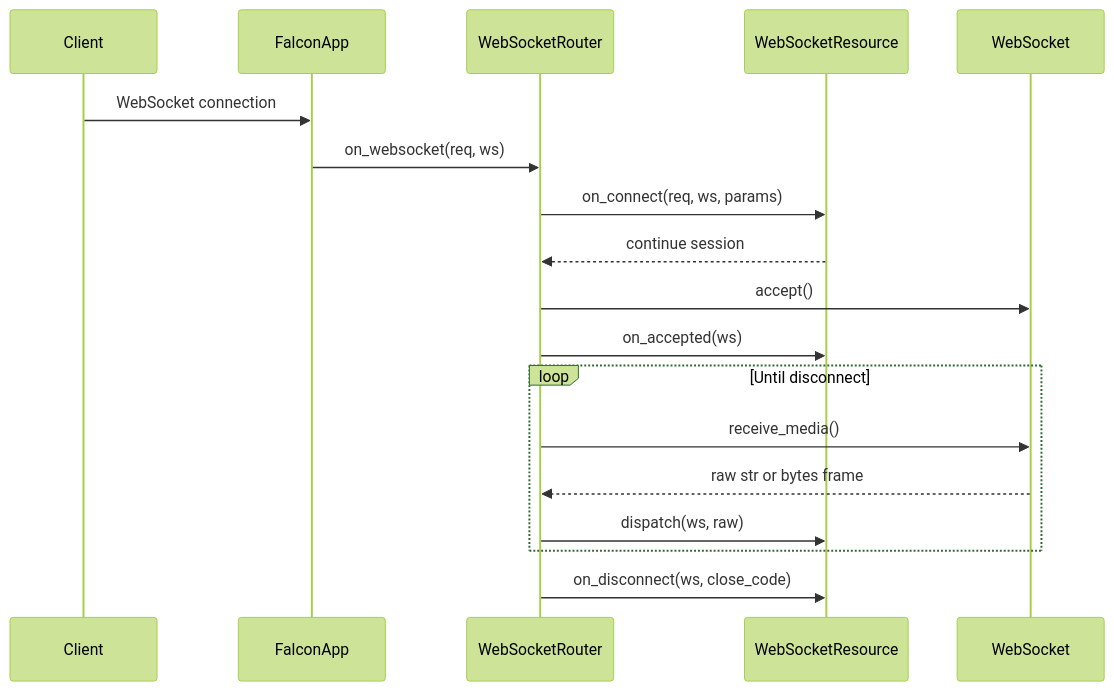
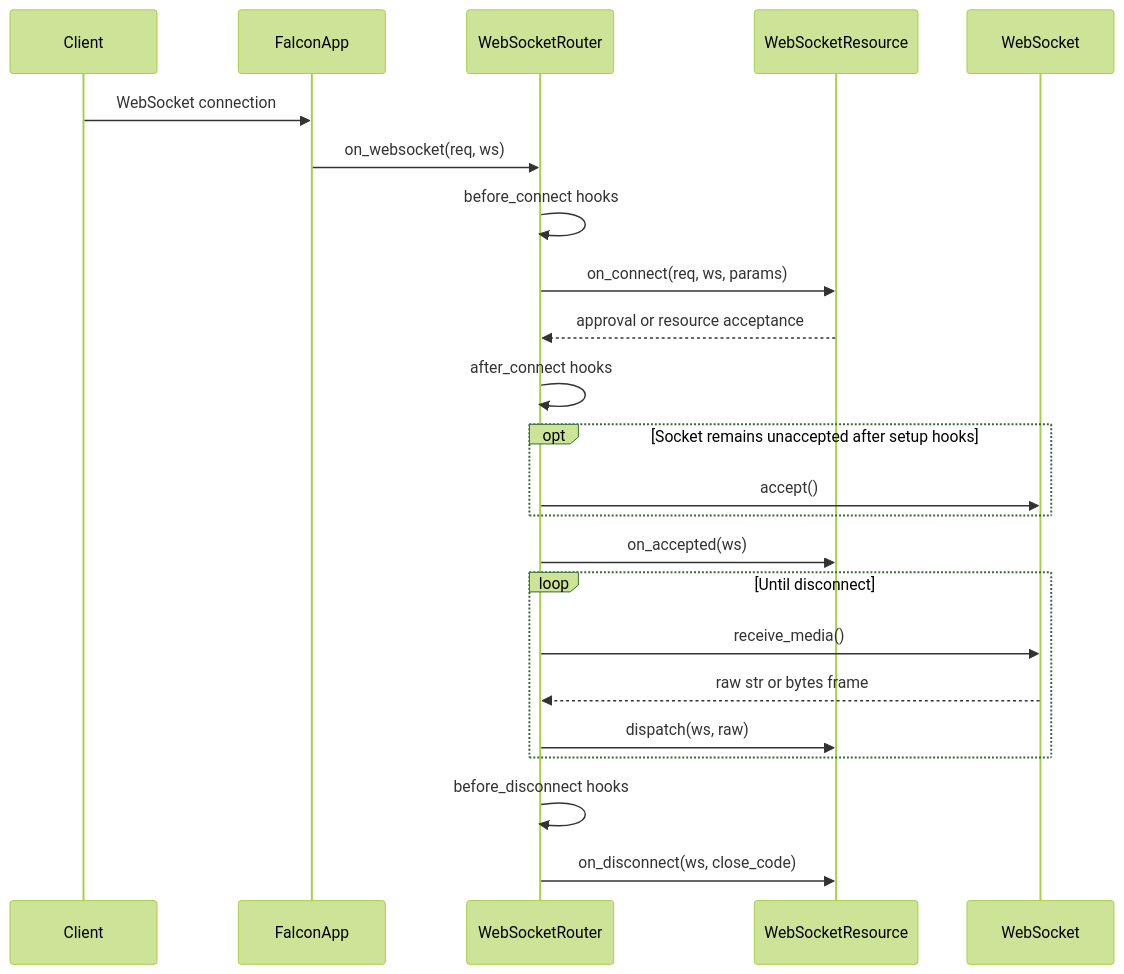
Before and after one commit to leynos/falcon-pachinko: the second of 20 diagrams in docs/falcon-websocket-extension-design.md, drawn with Mermaid (forest theme). The commit also changed other lines of this file and 63 other files, not shown here.

First line of the commit message:
Complete WebSocketResource disconnect lifecycle and close-code semantics (#177) (#245)

````diff
--- a/docs/falcon-websocket-extension-design.md
+++ b/docs/falcon-websocket-extension-design.md
@@ -101,30 +121,35 @@
 ```mermaid
 sequenceDiagram
     accTitle: Falcon WebSocket responder lifecycle
     accDescr {
         With receive_loop enabled, Falcon routes the connection to
         WebSocketRouter, which calls on_connect before accepting. After
         acceptance it calls on_accepted, then receives and dispatches frames
         until disconnect. Cleanup runs before_disconnect hooks before the
         resource's on_disconnect hook.
     }
 
     participant Client
     participant FalconApp
     participant WebSocketRouter
     participant WebSocketResource
     participant WebSocket
 
     Client->>FalconApp: WebSocket connection
     FalconApp->>WebSocketRouter: on_websocket(req, ws)
+    WebSocketRouter->>WebSocketRouter: before_connect hooks
     WebSocketRouter->>WebSocketResource: on_connect(req, ws, params)
-    WebSocketResource-->>WebSocketRouter: continue session
-    WebSocketRouter->>WebSocket: accept()
+    WebSocketResource-->>WebSocketRouter: approval or resource acceptance
+    WebSocketRouter->>WebSocketRouter: after_connect hooks
+    opt Socket remains unaccepted after setup hooks
+        WebSocketRouter->>WebSocket: accept()
+    end
     WebSocketRouter->>WebSocketResource: on_accepted(ws)
     loop Until disconnect
         WebSocketRouter->>WebSocket: receive_media()
         WebSocket-->>WebSocketRouter: raw str or bytes frame
         WebSocketRouter->>WebSocketResource: dispatch(ws, raw)
     end
+    WebSocketRouter->>WebSocketRouter: before_disconnect hooks
     WebSocketRouter->>WebSocketResource: on_disconnect(ws, close_code)
 ```
````
